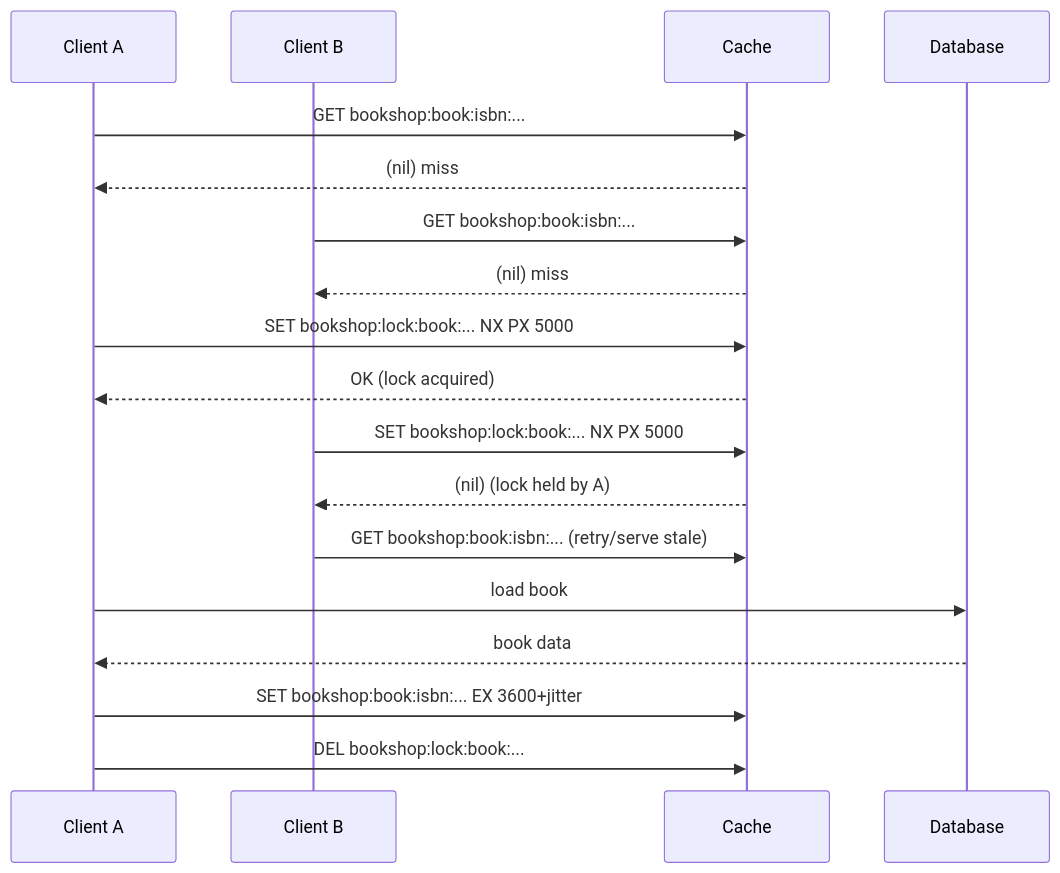
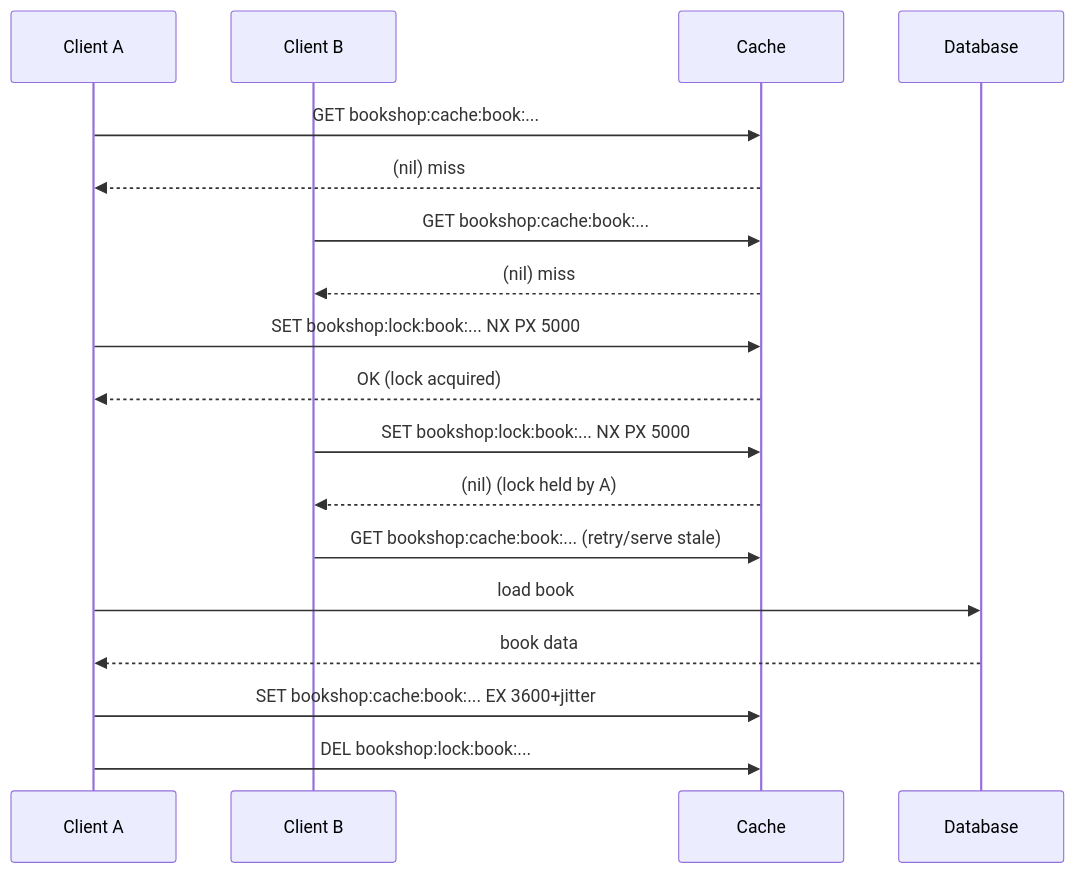
The diagram in modules/ROOT/pages/database/redis/use-cases-and-patterns.adoc (albertoirurueta/docs), drawn with Mermaid before and after one commit. The commit also changed other lines of this file and 25 other files, not shown here.

```diff
--- a/modules/ROOT/pages/database/redis/use-cases-and-patterns.adoc
+++ b/modules/ROOT/pages/database/redis/use-cases-and-patterns.adoc
@@ -90,22 +90,22 @@
 [mermaid]
 ....
 sequenceDiagram
     participant A as Client A
     participant B as Client B
     participant C as Cache
     participant D as Database
 
-    A->>C: GET bookshop:book:isbn:...
+    A->>C: GET bookshop:cache:book:...
     C-->>A: (nil) miss
-    B->>C: GET bookshop:book:isbn:...
+    B->>C: GET bookshop:cache:book:...
     C-->>B: (nil) miss
     A->>C: SET bookshop:lock:book:... NX PX 5000
     C-->>A: OK (lock acquired)
     B->>C: SET bookshop:lock:book:... NX PX 5000
     C-->>B: (nil) (lock held by A)
-    B->>C: GET bookshop:book:isbn:... (retry/serve stale)
+    B->>C: GET bookshop:cache:book:... (retry/serve stale)
     A->>D: load book
     D-->>A: book data
-    A->>C: SET bookshop:book:isbn:... EX 3600+jitter
+    A->>C: SET bookshop:cache:book:... EX 3600+jitter
     A->>C: DEL bookshop:lock:book:...
 ....
```
